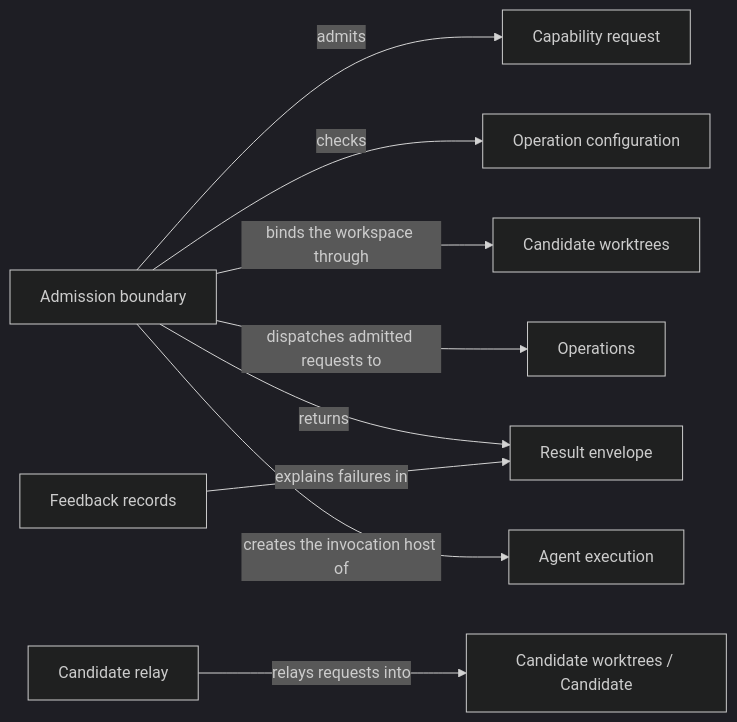
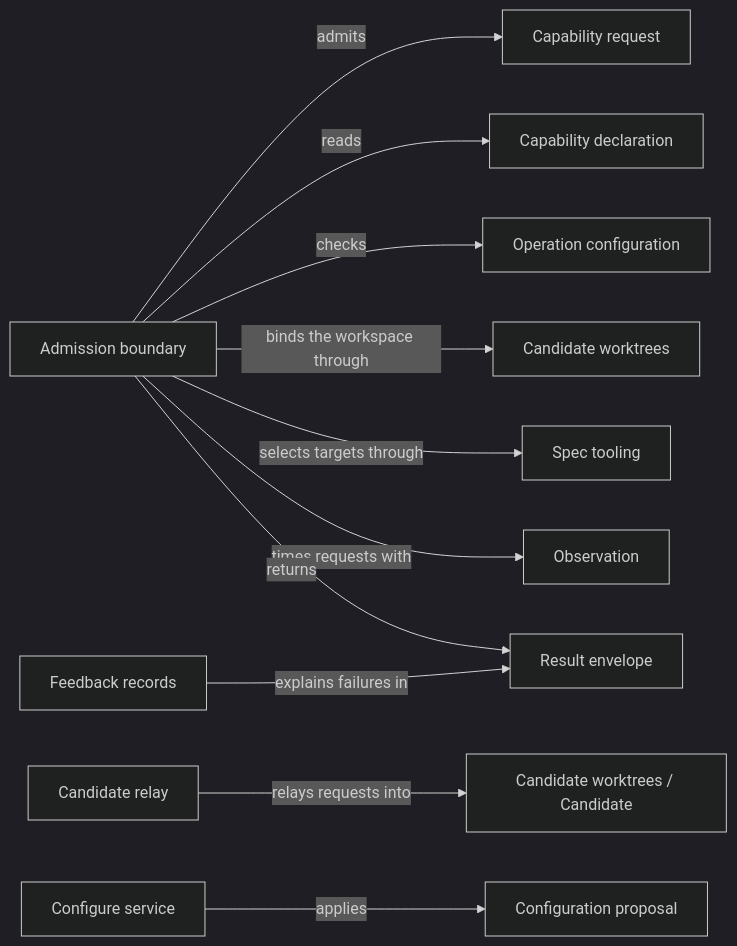
One commit to FTOD/concorde changed the diagram in specs/concorde/harness/admission/module.md. Above: the diagram before and after it, drawn with Mermaid (dark theme). The commit also changed other lines of this file and 213 other files, not shown here.

First line of the commit message:
Rewrite Concorde's Specs for the layered architecture

````diff
--- a/specs/concorde/harness/admission/module.md
+++ b/specs/concorde/harness/admission/module.md
@@ -173,23 +266,28 @@
 ```mermaid
 flowchart LR
     accTitle: Request admission relationships
-    accDescr: The admission boundary admits a capability request, checks it against the operation configuration, binds the workspace through Candidate worktrees, dispatches to Operations and returns a result envelope.
+    accDescr: The admission boundary admits a capability request against its capability declaration, checks the operation configuration, binds the workspace through Candidate worktrees and returns a result envelope; the relay relays requests into a candidate; the configure service applies configuration proposals.
     boundary[Admission boundary]
     request[Capability request]
+    declaration[Capability declaration]
     configuration[Operation configuration]
     envelope[Result envelope]
     relay[Candidate relay]
+    configure[Configure service]
+    proposal[Configuration proposal]
     feedback[Feedback records]
     worktrees[Candidate worktrees]
     candidate[Candidate worktrees / Candidate]
-    operations[Operations]
-    execution[Agent execution]
+    spec[Spec tooling]
+    observation[Observation]
     boundary -->|admits| request
+    boundary -->|reads| declaration
     boundary -->|checks| configuration
     boundary -->|binds the workspace through| worktrees
-    boundary -->|dispatches admitted requests to| operations
+    boundary -->|selects targets through| spec
+    boundary -->|times requests with| observation
     boundary -->|returns| envelope
     relay -->|relays requests into| candidate
+    configure -->|applies| proposal
     feedback -->|explains failures in| envelope
-    boundary -->|creates the invocation host of| execution
 ```
````
